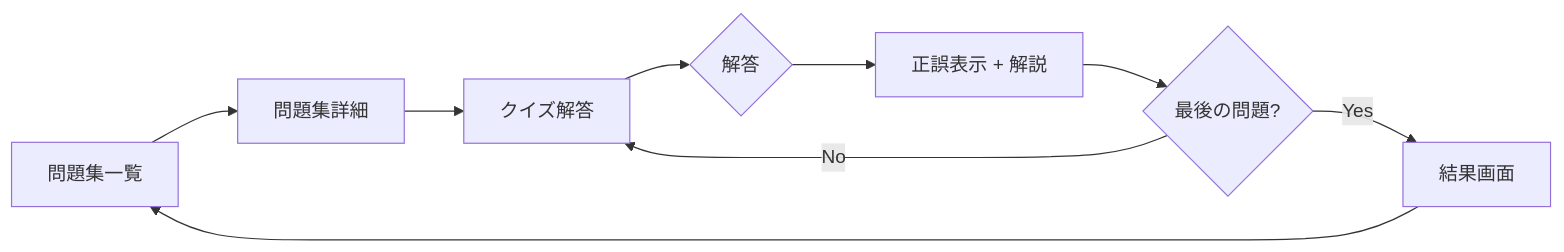
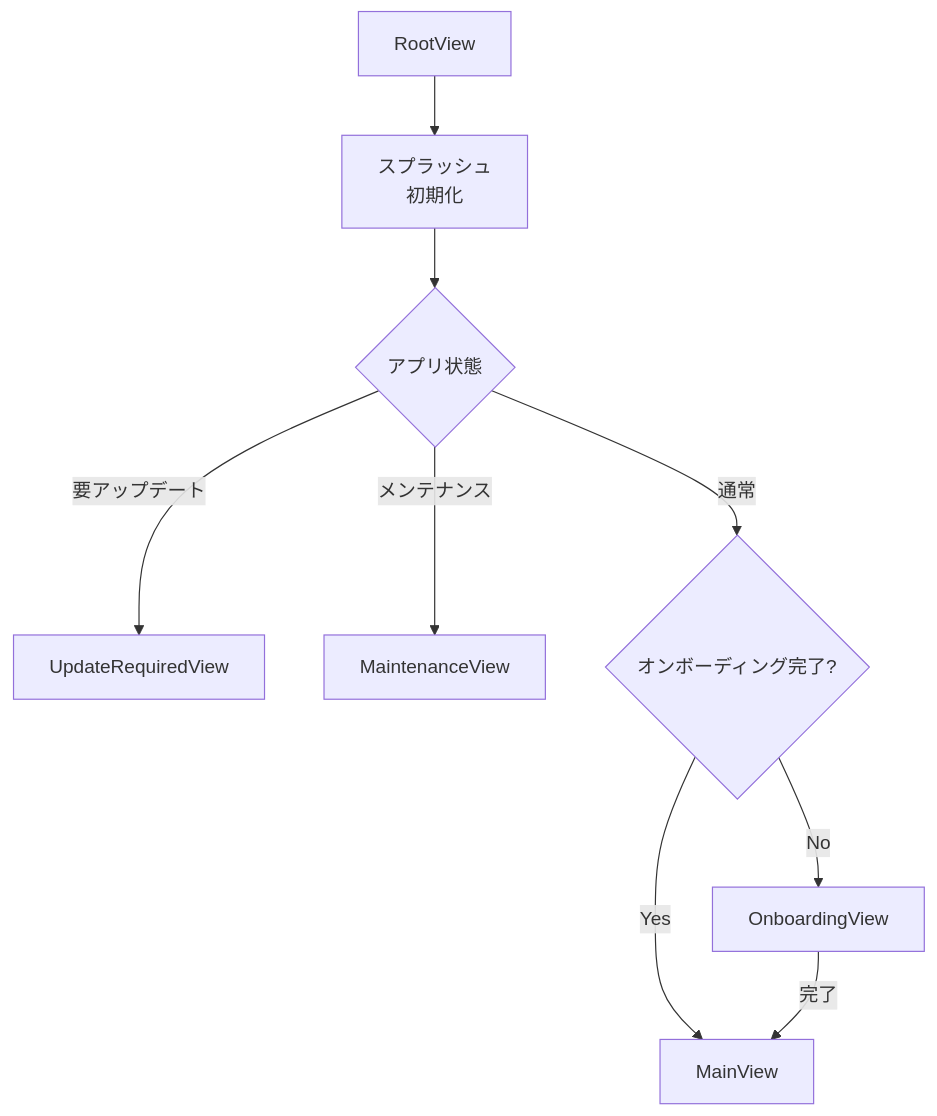
One commit to takoikatakotako/rikako changed the first of 2 diagrams in docs/ios.md. Above: the diagram before and after it, drawn with Mermaid. The commit also changed other lines of this file and 6 other files, not shown here.

````diff
--- a/docs/ios.md
+++ b/docs/ios.md
@@ -28,11 +13,11 @@
 ```mermaid
-flowchart LR
-    A[問題集一覧] --> B[問題集詳細]
-    B --> C[クイズ解答]
-    C --> D{解答}
-    D --> E[正誤表示 + 解説]
-    E --> F{最後の問題?}
-    F -->|No| C
-    F -->|Yes| G[結果画面]
-    G --> A
+flowchart TD
+    A[RootView] --> B[スプラッシュ<br/>初期化]
+    B --> C{アプリ状態}
+    C -->|要アップデート| D[UpdateRequiredView]
+    C -->|メンテナンス| E[MaintenanceView]
+    C -->|通常| F{オンボーディング完了?}
+    F -->|No| G[OnboardingView]
+    F -->|Yes| H[MainView]
+    G -->|完了| H
 ```
````
